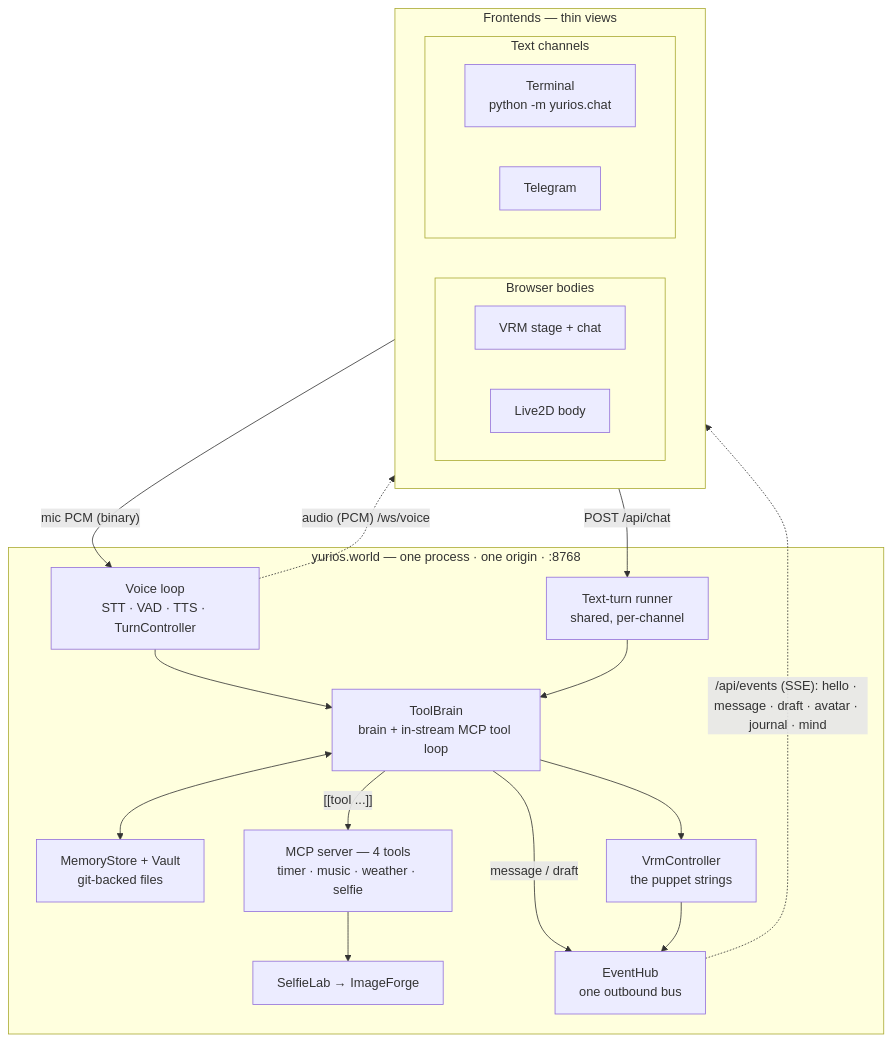
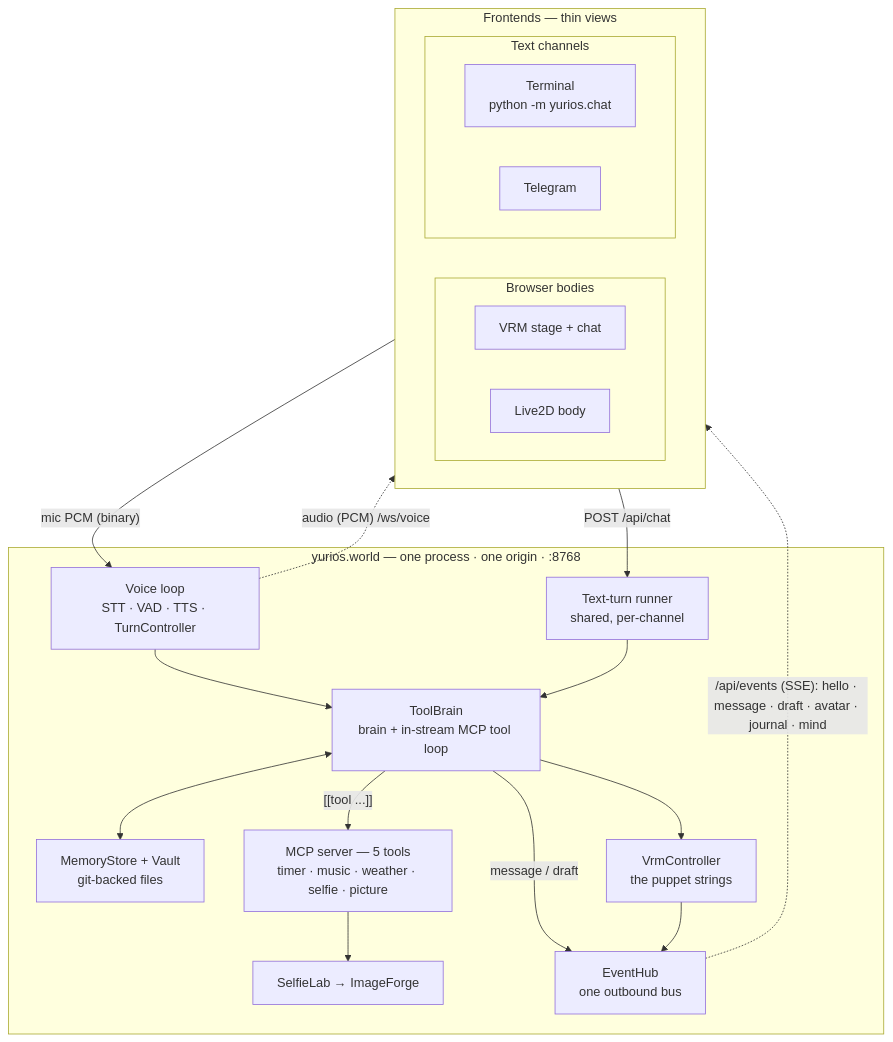
Before and after one commit to yuri-os/YuriOS: the first of 4 diagrams in docs/whitepaper.md, drawn with Mermaid. The commit also changed other lines of this file and 8 other files, not shown here.

````diff
--- a/docs/whitepaper.md
+++ b/docs/whitepaper.md
@@ -211,41 +210,41 @@
 ```mermaid
 flowchart TB
   subgraph FE["Frontends — thin views"]
     direction LR
     subgraph BR["Browser bodies"]
       direction LR
       W["VRM stage + chat"]
       L["Live2D body"]
     end
     subgraph TX["Text channels"]
       direction LR
       C["Terminal<br/>python -m yurios.chat"]
       TG["Telegram"]
     end
   end
 
   subgraph HOST["yurios.world — one process · one origin · :8768"]
     VOICE["Voice loop<br/>STT · VAD · TTS · TurnController"]
     TURNS["Text-turn runner<br/>shared, per-channel"]
     BRAIN["ToolBrain<br/>brain + in-stream MCP tool loop"]
     MEM["MemoryStore + Vault<br/>git-backed files"]
-    MCP["MCP server — 4 tools<br/>timer · music · weather · selfie"]
+    MCP["MCP server — 5 tools<br/>timer · music · weather · selfie · picture"]
     FORGE["SelfieLab → ImageForge"]
     VRM["VrmController<br/>the puppet strings"]
     HUB["EventHub<br/>one outbound bus"]
   end
 
   BR -- "mic PCM (binary)" --> VOICE
   TX -- "POST /api/chat" --> TURNS
   VOICE --> BRAIN
   TURNS --> BRAIN
   BRAIN <--> MEM
   BRAIN -- "[[tool ...]]" --> MCP
   MCP --> FORGE
   BRAIN --> VRM
   BRAIN -- "message / draft" --> HUB
   VRM --> HUB
 
   HUB -. "/api/events (SSE): hello · message · draft · avatar · journal · mind" .-> FE
   VOICE -. "audio (PCM) /ws/voice" .-> BR
 ```
````
